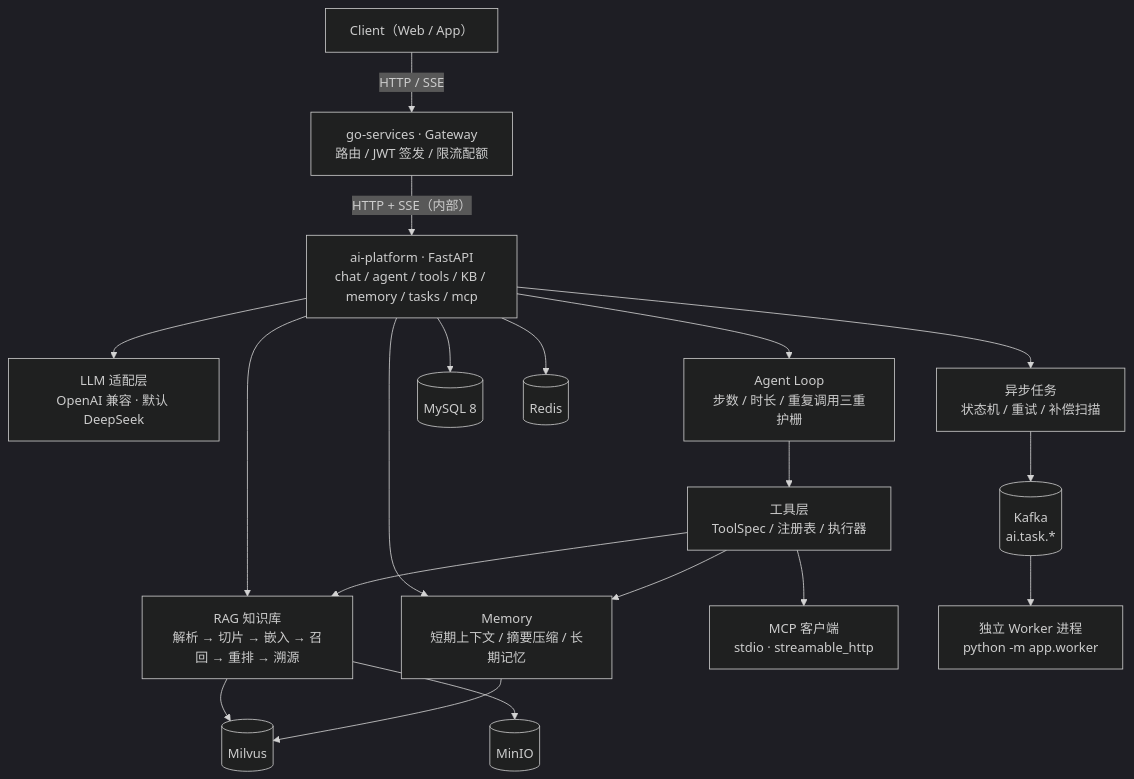
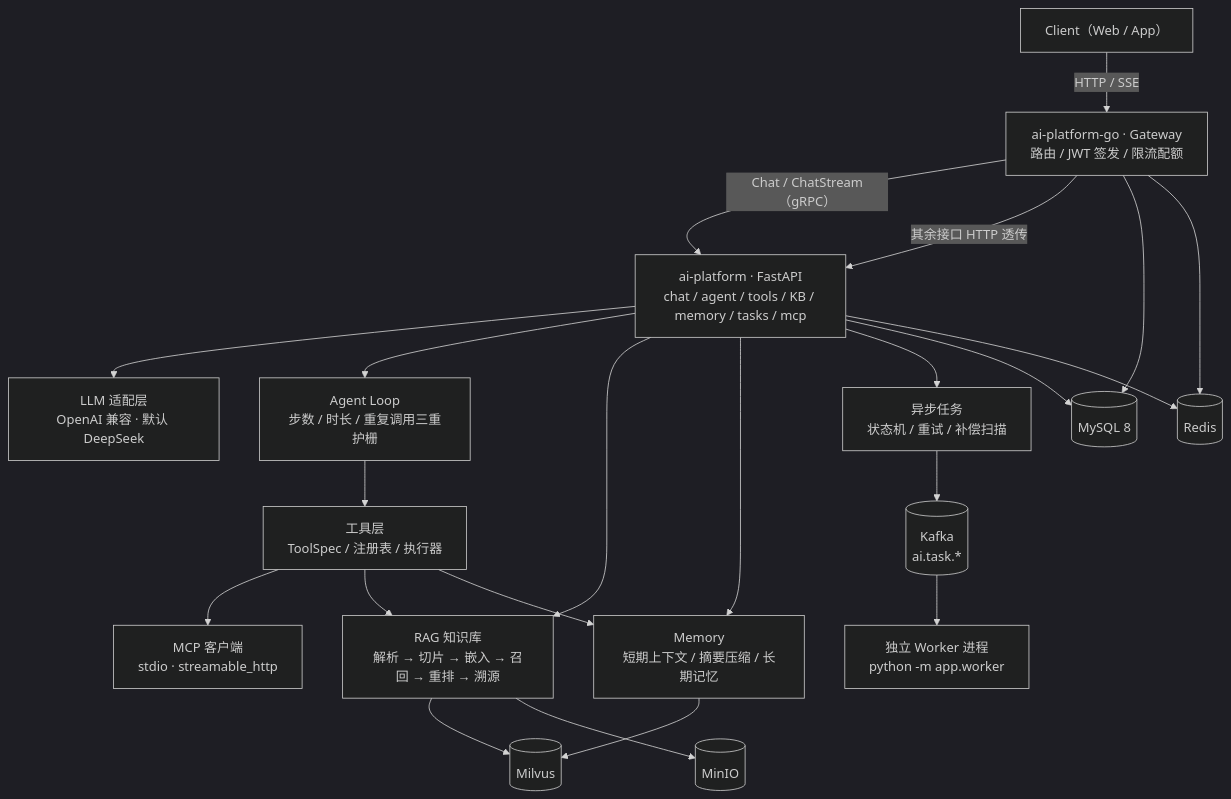
One commit to YunfeiSHU/ai-assistant changed the diagram in README.md. Above: the diagram before and after it, drawn with Mermaid (dark theme). The commit also changed other lines of this file and 12 other files, not shown here.

````diff
--- a/README.md
+++ b/README.md
@@ -21,25 +21,29 @@
 ```mermaid
 flowchart TB
-    C["Client（Web / App）"] -->|"HTTP / SSE"| GW["go-services · Gateway<br/>路由 / JWT 签发 / 限流配额"]
-    GW -->|"HTTP + SSE（内部）"| AI["ai-platform · FastAPI<br/>chat / agent / tools / KB / memory / tasks / mcp"]
+    C["Client（Web / App）"] -->|"HTTP / SSE"| GW["ai-platform-go · Gateway<br/>路由 / JWT 签发 / 限流配额"]
+    GW -->|"Chat / ChatStream（gRPC）"| AI["ai-platform · FastAPI<br/>chat / agent / tools / KB / memory / tasks / mcp"]
+    GW -->|"其余接口 HTTP 透传"| AI
 
     AI --> LLM["LLM 适配层<br/>OpenAI 兼容 · 默认 DeepSeek"]
     AI --> AGENT["Agent Loop<br/>步数 / 时长 / 重复调用三重护栅"]
     AI --> RAG["RAG 知识库<br/>解析 → 切片 → 嵌入 → 召回 → 重排 → 溯源"]
     AI --> MEM["Memory<br/>短期上下文 / 摘要压缩 / 长期记忆"]
     AI --> TASK["异步任务<br/>状态机 / 重试 / 补偿扫描"]
 
     AGENT --> TOOLS["工具层<br/>ToolSpec / 注册表 / 执行器"]
     TOOLS --> MCP["MCP 客户端<br/>stdio · streamable_http"]
     TOOLS --> RAG
     TOOLS --> MEM
 
     TASK --> KAFKA[("Kafka<br/>ai.task.*")]
     KAFKA --> WORKER["独立 Worker 进程<br/>python -m app.worker"]
 
     AI --> MYSQL[("MySQL 8")]
     AI --> REDIS[("Redis")]
     RAG --> MILVUS[("Milvus")]
     RAG --> MINIO[("MinIO")]
     MEM --> MILVUS
+
+    GW --> MYSQL
+    GW --> REDIS
 ```
````
